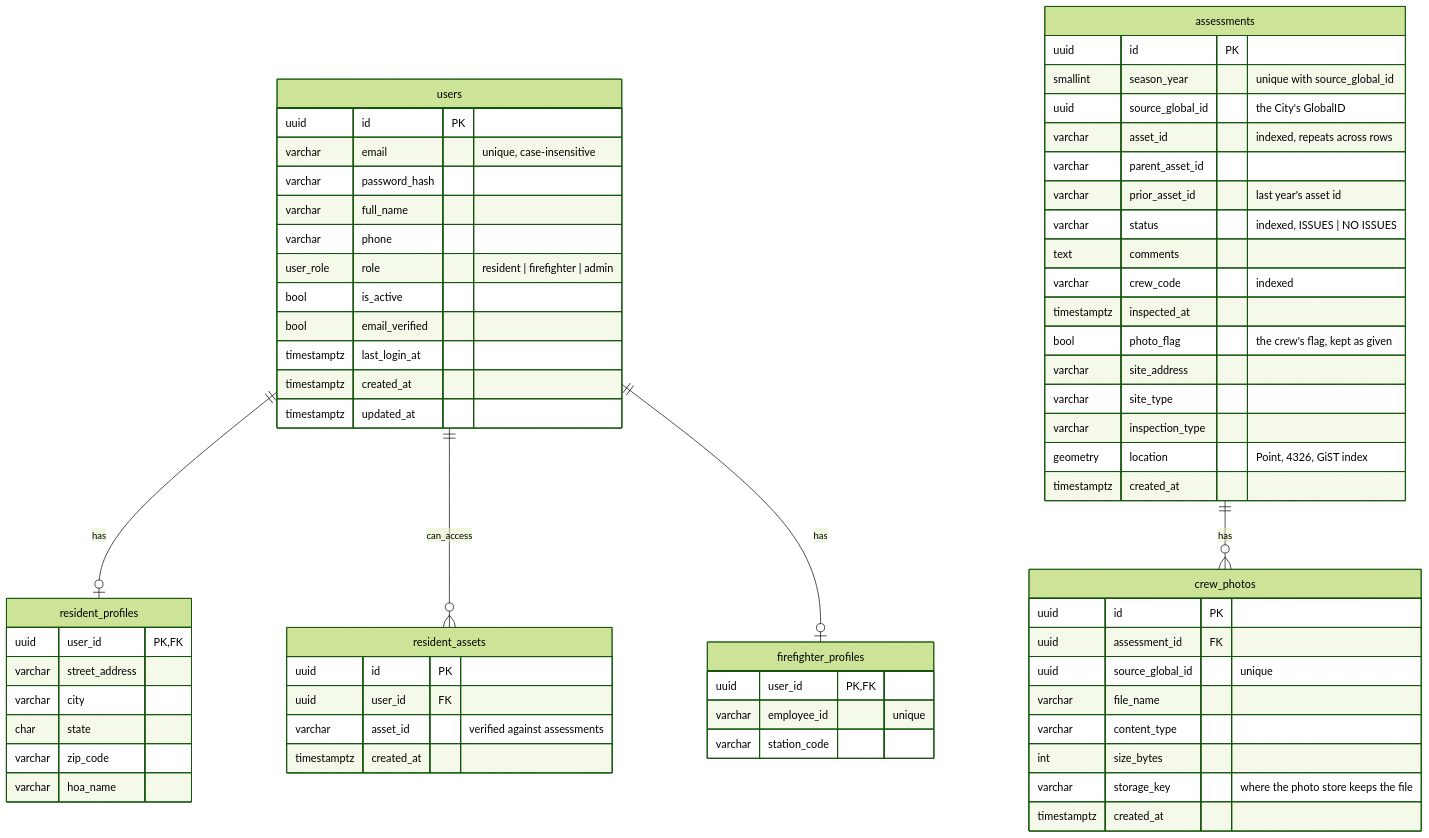
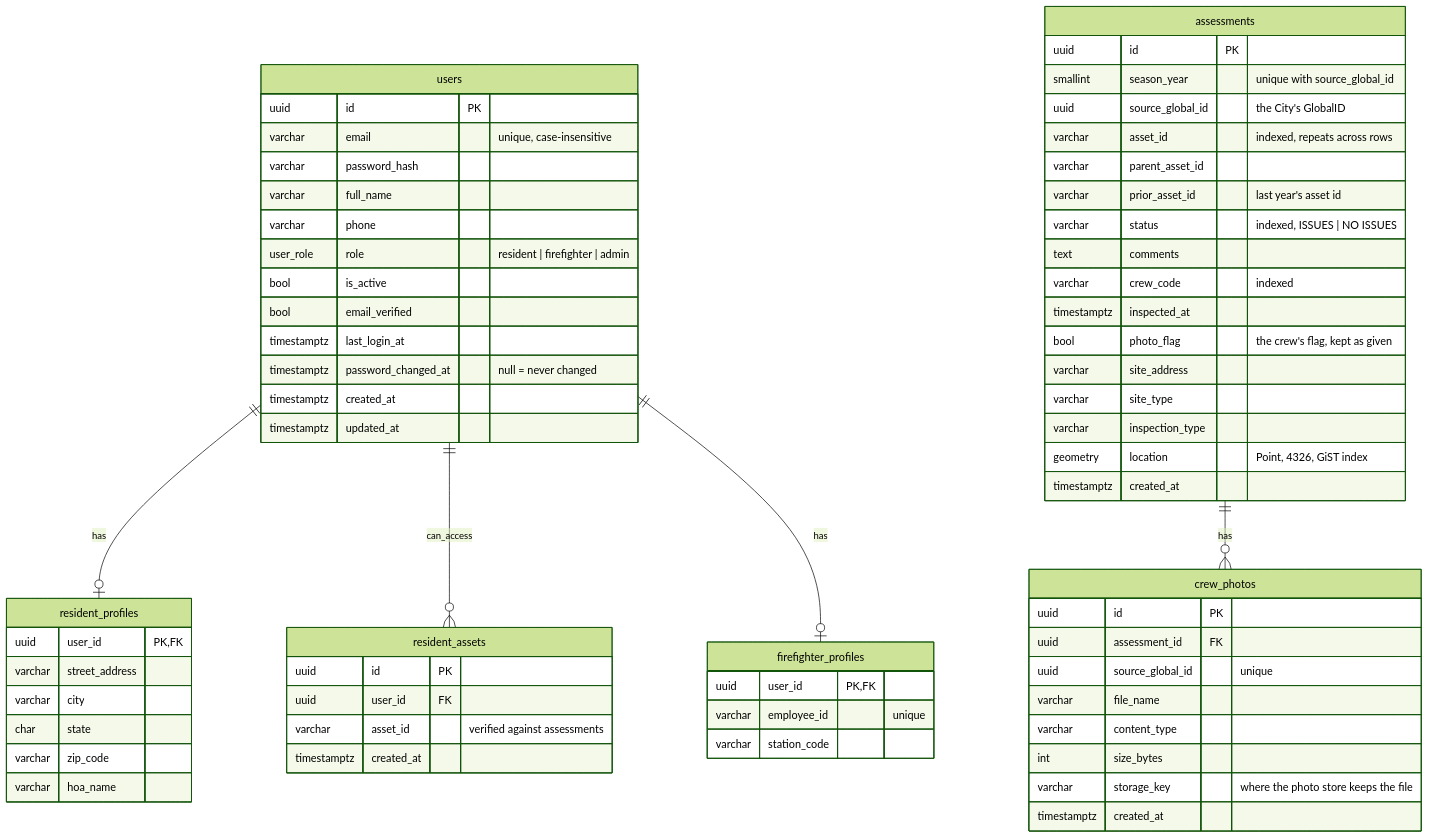
Before and after one commit to fliu-sfd/Fire_Haz_Veg_Portal: the diagram in docs/database.md, drawn with Mermaid (forest theme). The commit also changed other lines of this file and 2 other files, not shown here.

Commit message:
feat: add password_changed_at to users with a migration

````diff
--- a/docs/database.md
+++ b/docs/database.md
@@ -28,68 +28,69 @@
 ```mermaid
 erDiagram
     users ||--o| resident_profiles : has
     users ||--o{ resident_assets : can_access
     users ||--o| firefighter_profiles : has
     assessments ||--o{ crew_photos : has
 
     users {
         uuid id PK
         varchar email "unique, case-insensitive"
         varchar password_hash
         varchar full_name
         varchar phone
         user_role role "resident | firefighter | admin"
         bool is_active
         bool email_verified
         timestamptz last_login_at
+        timestamptz password_changed_at "null = never changed"
         timestamptz created_at
         timestamptz updated_at
     }
     resident_profiles {
         uuid user_id PK, FK
         varchar street_address
         varchar city
         char state
         varchar zip_code
         varchar hoa_name
     }
     resident_assets {
         uuid id PK
         uuid user_id FK
         varchar asset_id "verified against assessments"
         timestamptz created_at
     }
     firefighter_profiles {
         uuid user_id PK, FK
         varchar employee_id "unique"
         varchar station_code
     }
     assessments {
         uuid id PK
         smallint season_year "unique with source_global_id"
         uuid source_global_id "the City's GlobalID"
         varchar asset_id "indexed, repeats across rows"
         varchar parent_asset_id
         varchar prior_asset_id "last year's asset id"
         varchar status "indexed, ISSUES | NO ISSUES"
         text comments
         varchar crew_code "indexed"
         timestamptz inspected_at
         bool photo_flag "the crew's flag, kept as given"
         varchar site_address
         varchar site_type
         varchar inspection_type
         geometry location "Point, 4326, GiST index"
         timestamptz created_at
     }
     crew_photos {
         uuid id PK
         uuid assessment_id FK
         uuid source_global_id "unique"
         varchar file_name
         varchar content_type
         int size_bytes
         varchar storage_key "where the photo store keeps the file"
         timestamptz created_at
     }
 ```
````
